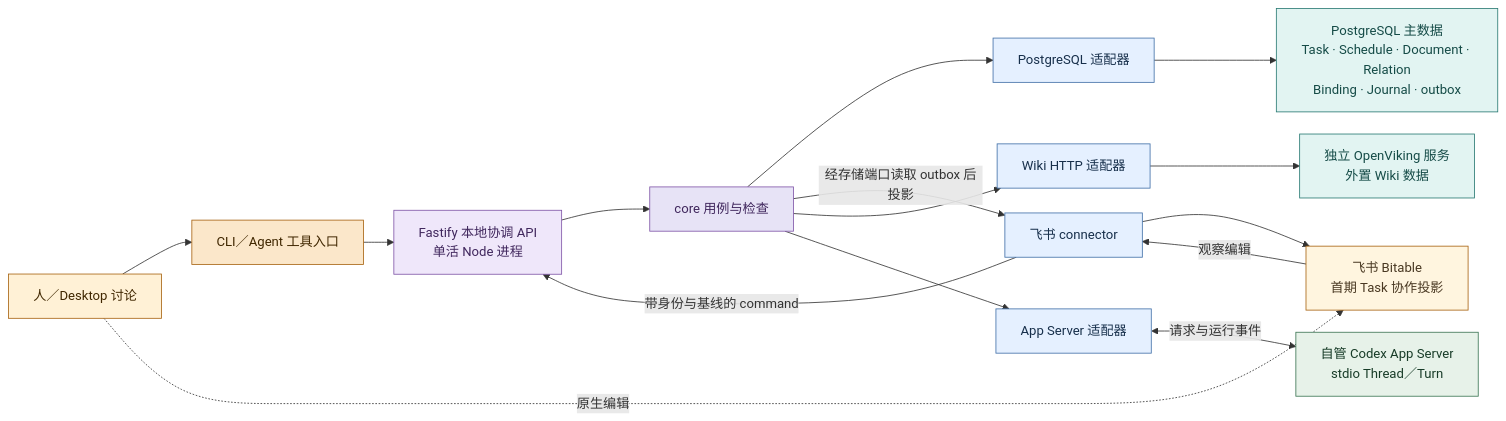
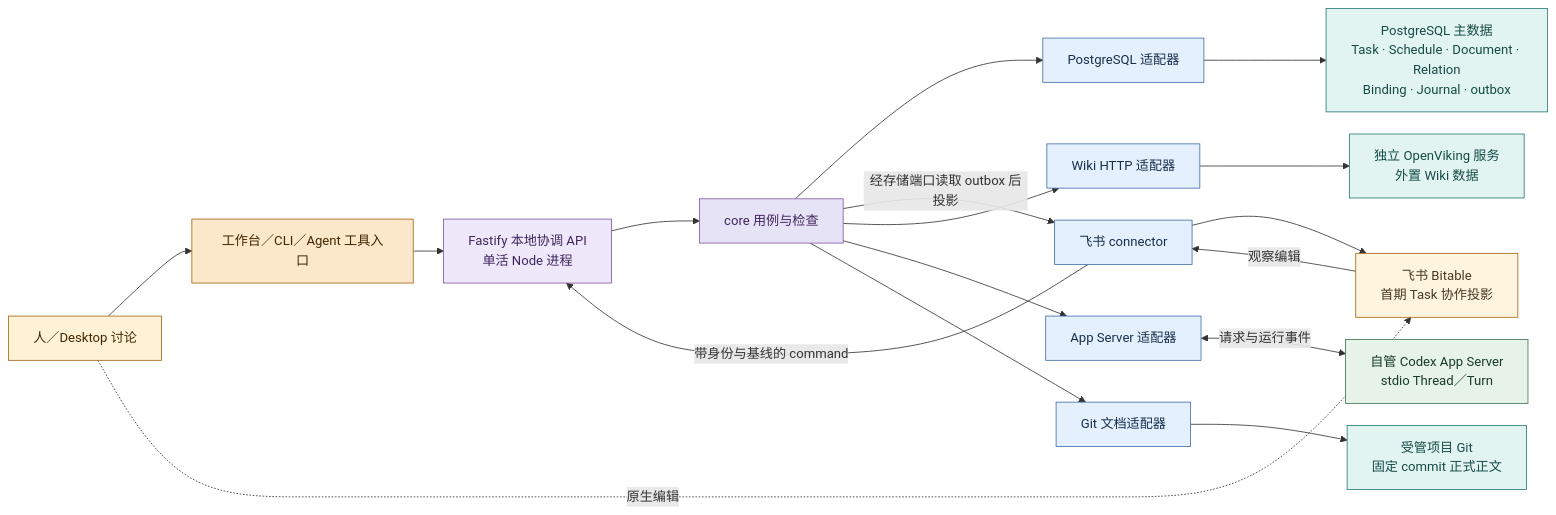
Before and after one commit to cyl19970726/evoLoop: the second of 2 diagrams in docs/architecture/packages.md, drawn with Mermaid. The commit also changed other lines of this file and 19 other files, not shown here.

Commit message:
docs: design knowledge workbench and versioned data flow

````diff
--- a/docs/architecture/packages.md
+++ b/docs/architecture/packages.md
@@ -66,22 +69,23 @@
 ```mermaid
 %%{init: {"flowchart":{"wrappingWidth":210,"nodeSpacing":27,"rankSpacing":37}}}%%
 flowchart LR
-  H["人／Desktop 讨论"]:::human --> B["CLI／Agent 工具入口"]:::entry
+  H["人／Desktop 讨论"]:::human --> B["工作台／CLI／Agent 工具入口"]:::entry
   B --> A["Fastify 本地协调 API<br/>单活 Node 进程"]:::app
   A --> C["core 用例与检查"]:::core
   C --> L["PostgreSQL 适配器"]:::adapter --> DB["PostgreSQL 主数据<br/>Task · Schedule · Document · Relation<br/>Binding · Journal · outbox"]:::authority
   C -->|经存储端口读取 outbox 后投影| F["飞书 connector"]:::adapter --> FS["飞书 Bitable<br/>首期 Task 协作投影"]:::projection
   FS -->|观察编辑| F
   F -->|带身份与基线的 command| A
   C --> W["Wiki HTTP 适配器"]:::adapter --> OV["独立 OpenViking 服务<br/>外置 Wiki 数据"]:::authority
   C --> R["App Server 适配器"]:::adapter <-->|请求与运行事件| AS["自管 Codex App Server<br/>stdio Thread／Turn"]:::external
+  C --> G["Git 文档适配器"]:::adapter --> GR["受管项目 Git<br/>固定 commit 正式正文"]:::authority
   H -.->|原生编辑| FS
   classDef human fill:#FFF1D6,stroke:#A86412,color:#402700
   classDef entry fill:#FBE7CA,stroke:#A86412,color:#402700
   classDef app fill:#EFE7FA,stroke:#8056A8,color:#40275D
   classDef core fill:#E7E3F6,stroke:#8056A8,color:#40275D
   classDef adapter fill:#E5F0FF,stroke:#4270A8,color:#172F4B
   classDef authority fill:#E2F4F2,stroke:#297A73,color:#154B47
   classDef projection fill:#FFF5DF,stroke:#A86412,color:#493822
   classDef external fill:#E7F2E9,stroke:#3C7654,color:#183C28
 ```
````
